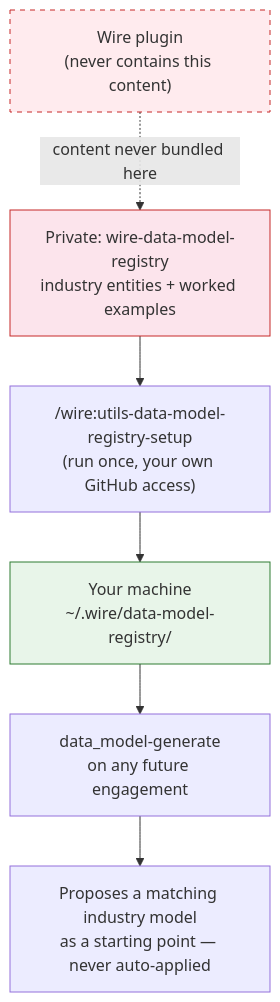
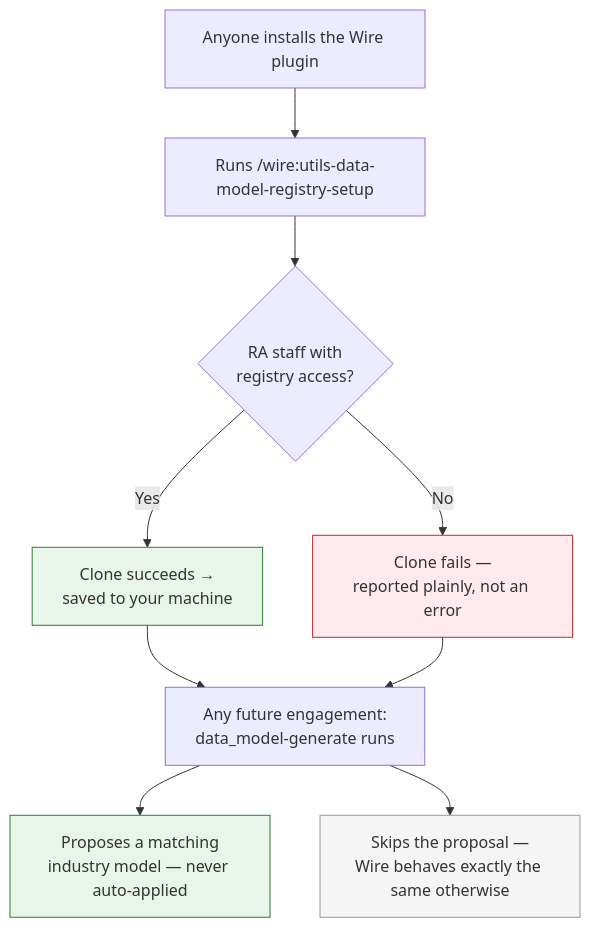
The second of 2 diagrams in docs-site/docs/advanced/registries.md (rittmananalytics/wire-plugin-preview), drawn with Mermaid before and after one commit. The commit also changed 1 other file, not shown here.

Commit message:
Wire Framework plugin v4.0.0-preview — split registry diagrams, add RA-vs-non-RA branch
The two registries had been combined into one mermaid diagram implying a
relationship that doesn't exist. Split into two standalone diagrams; the
data model registry one now shows the actual branch that matters — RA
staff with access vs. anyone else — instead of a dev-mode/personal-mode
split that didn't map to it.

````diff
--- a/docs-site/docs/advanced/registries.md
+++ b/docs-site/docs/advanced/registries.md
@@ -73,17 +73,20 @@
 ```mermaid
 flowchart TB
-    DMR["Private: wire-data-model-registry<br/>industry entities + worked examples"]
-    SETUP["/wire:utils-data-model-registry-setup<br/>(run once, your own GitHub access)"]
-    HOME["Your machine<br/>~/.wire/data-model-registry/"]
-    PLUGIN["Wire plugin<br/>(never contains this content)"]
-    GEN["data_model-generate<br/>on any future engagement"]
-    RESULT["Proposes a matching industry model<br/>as a starting point — never auto-applied"]
+    START["Anyone installs the Wire plugin"]
+    CMD["Runs /wire:utils-data-model-registry-setup"]
+    CHECK{"RA staff with<br/>registry access?"}
+    YES["Clone succeeds →<br/>saved to your machine"]
+    NO["Clone fails —<br/>reported plainly, not an error"]
+    GEN["Any future engagement:<br/>data_model-generate runs"]
+    PROPOSE["Proposes a matching<br/>industry model — never auto-applied"]
+    SKIP["Skips the proposal —<br/>Wire behaves exactly the same otherwise"]
 
-    DMR --> SETUP --> HOME
-    PLUGIN -.->|"content never bundled here"| DMR
-    HOME --> GEN --> RESULT
+    START --> CMD --> CHECK
+    CHECK -->|Yes| YES --> GEN --> PROPOSE
+    CHECK -->|No| NO --> GEN --> SKIP
 
-    style DMR fill:#fce4ec,stroke:#c62828
-    style PLUGIN fill:#ffebee,stroke:#c62828,stroke-dasharray: 5 5
-    style HOME fill:#e8f5e9,stroke:#2e7d32
+    style YES fill:#e8f5e9,stroke:#2e7d32
+    style NO fill:#ffebee,stroke:#c62828
+    style PROPOSE fill:#e8f5e9,stroke:#2e7d32
+    style SKIP fill:#f5f5f5,stroke:#999
 ```
````
